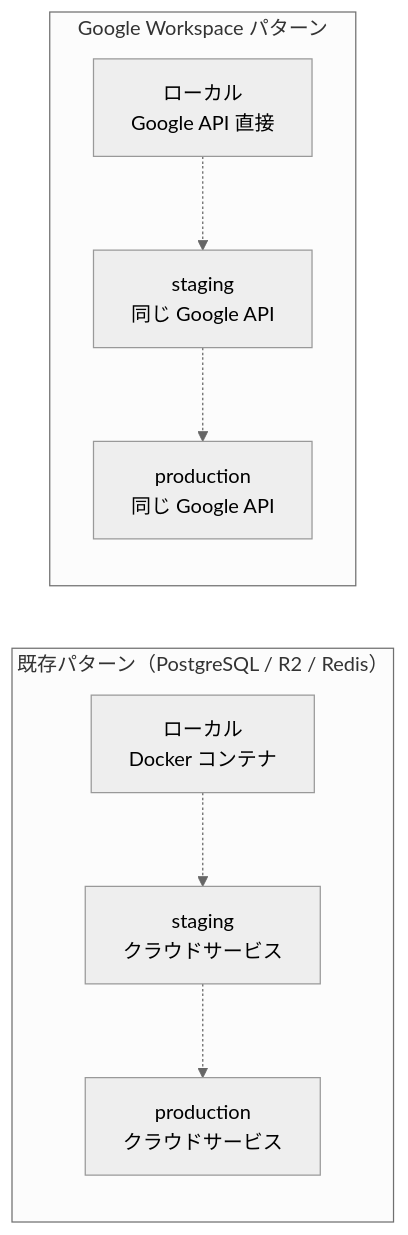
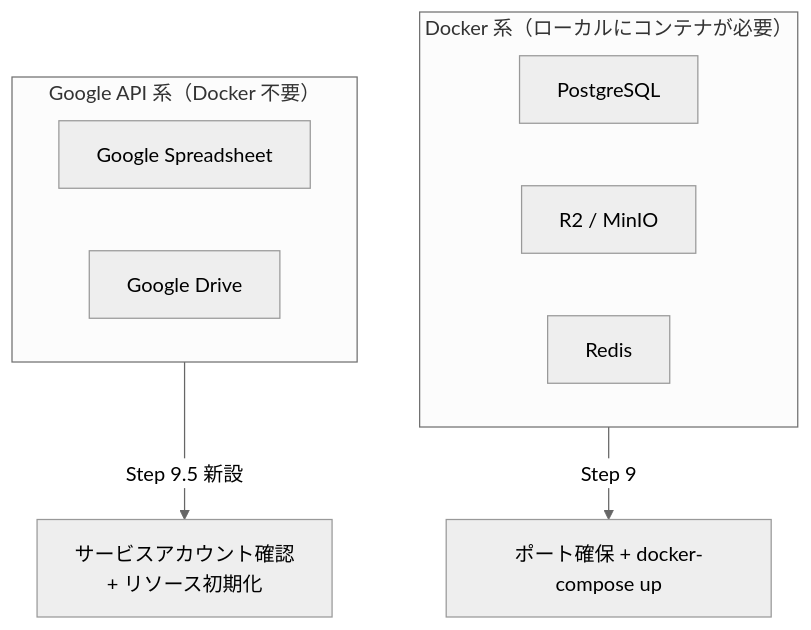
The first of 4 diagrams in 開発/検討中/2026-03-03_GoogleWorkspace連携選択肢.md (nyan-tama/Ghostrunner), drawn with Mermaid (neutral theme) before and after one commit. The commit also changed other lines of this file, not shown here.

Commit message:
docs: GoogleWorkspace連携の方針決定を反映、案A(完全並列)・SA認証・共存方式で具体化

````diff
--- a/開発/検討中/2026-03-03_GoogleWorkspace連携選択肢.md
+++ b/開発/検討中/2026-03-03_GoogleWorkspace連携選択肢.md
@@ -52,16 +90,16 @@
 ```mermaid
-flowchart LR
-    subgraph "既存パターン（PostgreSQL / R2 / Redis）"
-        LOCAL_DB["ローカル\nDocker コンテナ"]
-        STG_DB["staging\nクラウドサービス"]
-        PROD_DB["production\nクラウドサービス"]
-        LOCAL_DB -.-> STG_DB -.-> PROD_DB
+flowchart TD
+    subgraph DOCKER["Docker 系（ローカルにコンテナが必要）"]
+        PG["PostgreSQL"]
+        R2["R2 / MinIO"]
+        REDIS["Redis"]
     end
 
-    subgraph "Google Workspace パターン"
-        LOCAL_GW["ローカル\nGoogle API 直接"]
-        STG_GW["staging\n同じ Google API"]
-        PROD_GW["production\n同じ Google API"]
-        LOCAL_GW -.-> STG_GW -.-> PROD_GW
+    subgraph GOOGLE["Google API 系（Docker 不要）"]
+        SHEETS["Google Spreadsheet"]
+        DRIVE["Google Drive"]
     end
+
+    DOCKER --> |Step 9| DOCKER_FLOW["ポート確保 + docker-compose up"]
+    GOOGLE --> |Step 9.5 新設| GOOGLE_FLOW["サービスアカウント確認\n+ リソース初期化"]
 ```
````
